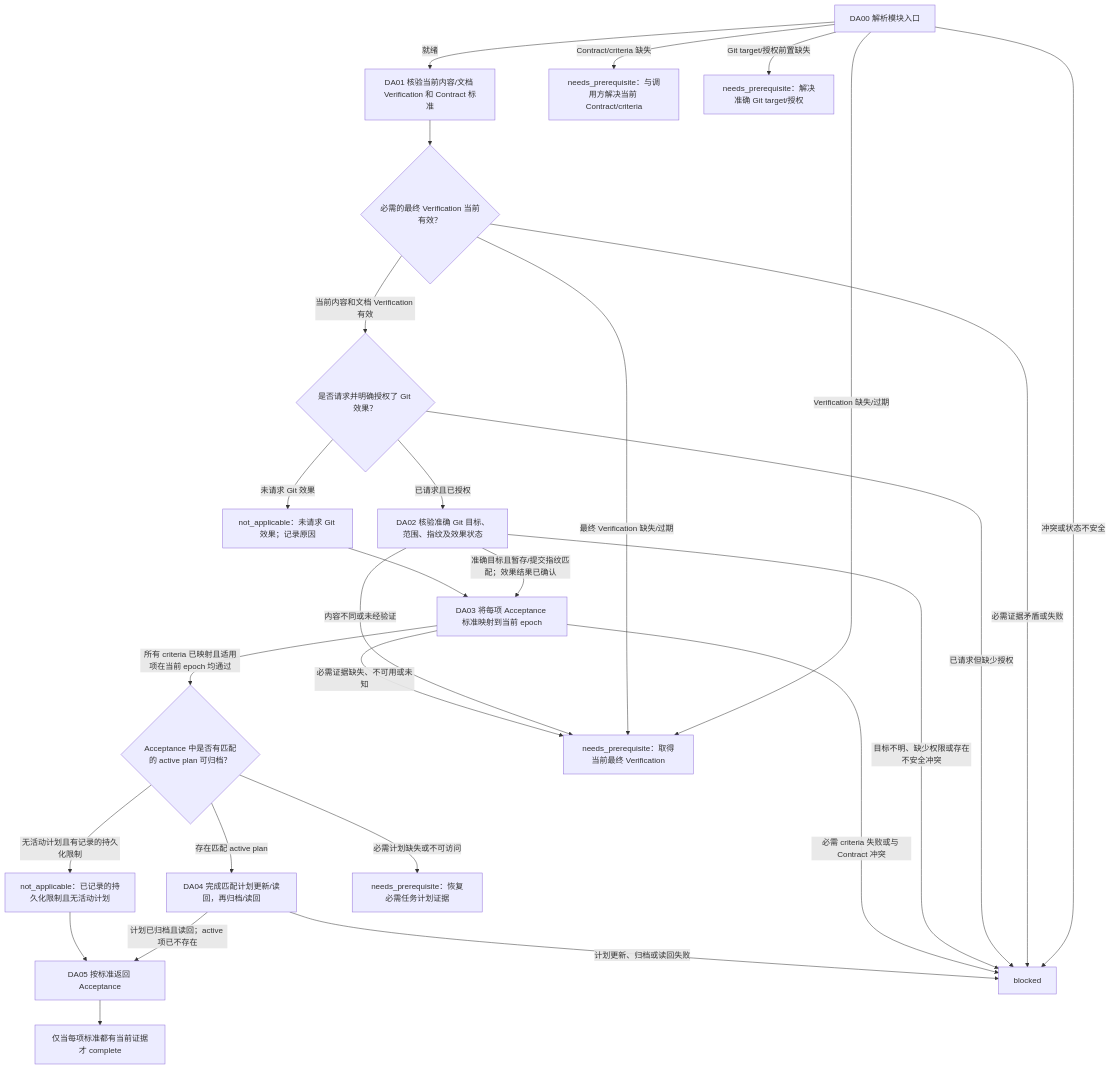
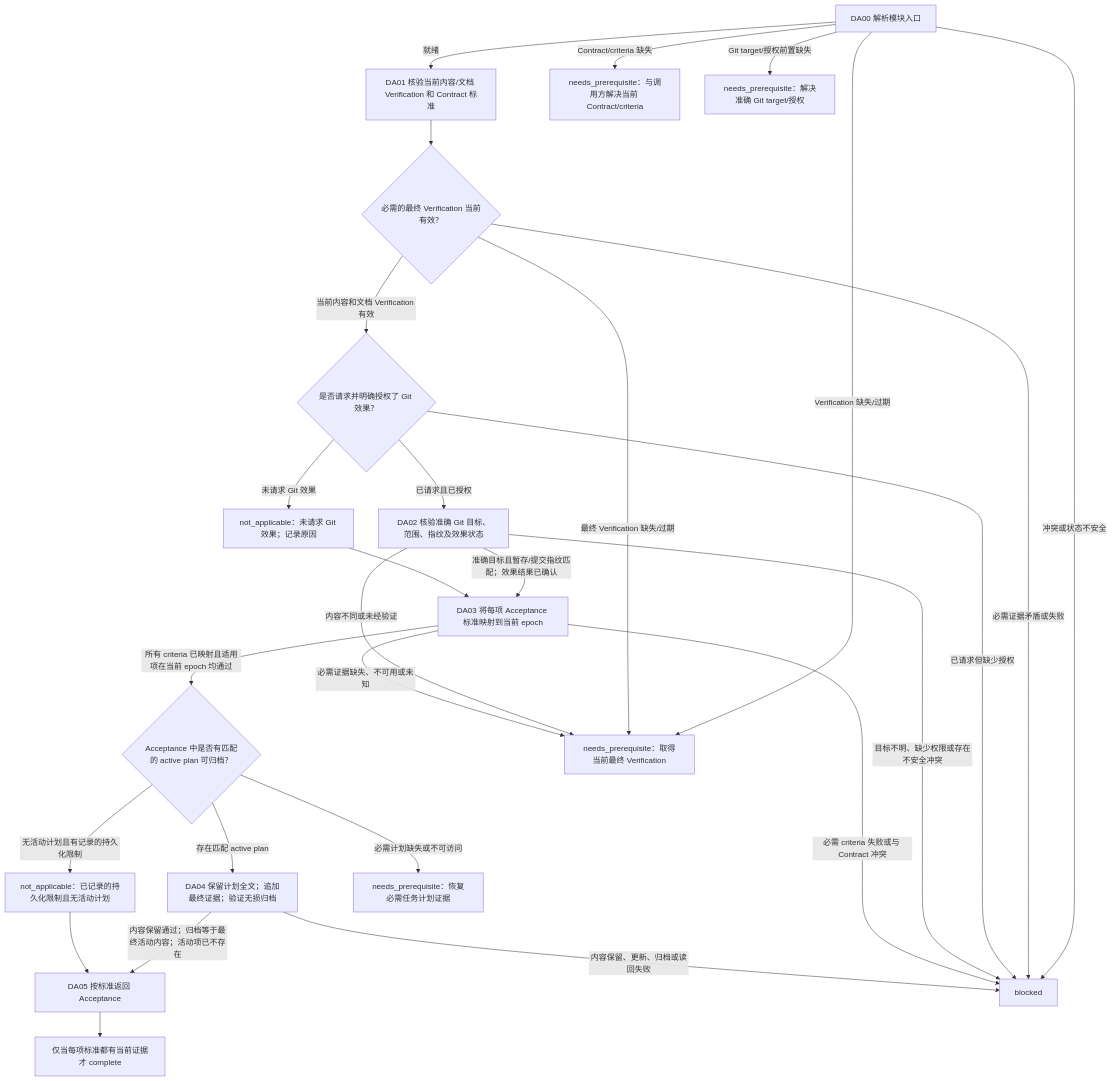
The diagram in references/coding/layer-04-workflows/modules/delivery-acceptance_zh_cn.md (john-z-huang/token-io-decoupling), drawn with Mermaid before and after one commit. The commit also changed other lines of this file and 9 other files, not shown here.

````diff
--- a/references/coding/layer-04-workflows/modules/delivery-acceptance_zh_cn.md
+++ b/references/coding/layer-04-workflows/modules/delivery-acceptance_zh_cn.md
@@ -19,46 +19,46 @@
 ```mermaid
 flowchart TD
     DA00["DA00 解析模块入口"]
     DA01["DA01 核验当前内容/文档 Verification 和 Contract 标准"]
     D_VERIFIED{"必需的最终 Verification 当前有效？"}
     D_GIT{"是否请求并明确授权了 Git 效果？"}
     DA02["DA02 核验准确 Git 目标、范围、指纹及效果状态"]
     DA03["DA03 将每项 Acceptance 标准映射到当前 epoch"]
     D_PLAN{"Acceptance 中是否有匹配的 active plan 可归档？"}
-    DA04["DA04 完成匹配计划更新/读回，再归档/读回"]
+    DA04["DA04 保留计划全文；追加最终证据；验证无损归档"]
     DA05["DA05 按标准返回 Acceptance"]
     DA_DONE["仅当每项标准都有当前证据才 complete"]
     DA_GIT_NA["not_applicable：未请求 Git 效果；记录原因"]
     DA_PLAN_NA["not_applicable：已记录的持久化限制且无活动计划"]
     DA_NEEDS_PLAN["needs_prerequisite：恢复必需任务计划证据"]
     DA_NEEDS_VERIFICATION["needs_prerequisite：取得当前最终 Verification"]
     DA_NEEDS_CONTRACT["needs_prerequisite：与调用方解决当前 Contract/criteria"]
     DA_NEEDS_GIT["needs_prerequisite：解决准确 Git target/授权"]
     DA_BLOCK["blocked"]
     DA00 -- 就绪 --> DA01
     DA00 -- Contract/criteria 缺失 --> DA_NEEDS_CONTRACT
     DA00 -- Verification 缺失/过期 --> DA_NEEDS_VERIFICATION
     DA00 -- Git target/授权前置缺失 --> DA_NEEDS_GIT
     DA00 -- 冲突或状态不安全 --> DA_BLOCK
     DA01 --> D_VERIFIED
     D_VERIFIED -- 当前内容和文档 Verification 有效 --> D_GIT
     D_VERIFIED -- 最终 Verification 缺失/过期 --> DA_NEEDS_VERIFICATION
     D_VERIFIED -- 必需证据矛盾或失败 --> DA_BLOCK
     D_GIT -- 已请求且已授权 --> DA02
     D_GIT -- 未请求 Git 效果 --> DA_GIT_NA
     D_GIT -- 已请求但缺少授权 --> DA_BLOCK
     DA02 -- 准确目标且暂存/提交指纹匹配；效果结果已确认 --> DA03
     DA02 -- 内容不同或未经验证 --> DA_NEEDS_VERIFICATION
     DA02 -- 目标不明、缺少权限或存在不安全冲突 --> DA_BLOCK
     DA_GIT_NA --> DA03
     DA03 -- 所有 criteria 已映射且适用项在当前 epoch 均通过 --> D_PLAN
     DA03 -- 必需证据缺失、不可用或未知 --> DA_NEEDS_VERIFICATION
     DA03 -- 必需 criteria 失败或与 Contract 冲突 --> DA_BLOCK
     D_PLAN -- 存在匹配 active plan --> DA04
     D_PLAN -- 无活动计划且有记录的持久化限制 --> DA_PLAN_NA
     D_PLAN -- 必需计划缺失或不可访问 --> DA_NEEDS_PLAN
-    DA04 -- 计划已归档且读回；active 项已不存在 --> DA05
-    DA04 -- 计划更新、归档或读回失败 --> DA_BLOCK
+    DA04 -- 内容保留通过；归档等于最终活动内容；活动项已不存在 --> DA05
+    DA04 -- 内容保留、更新、归档或读回失败 --> DA_BLOCK
     DA_PLAN_NA --> DA05
     DA05 --> DA_DONE
 ```
````
